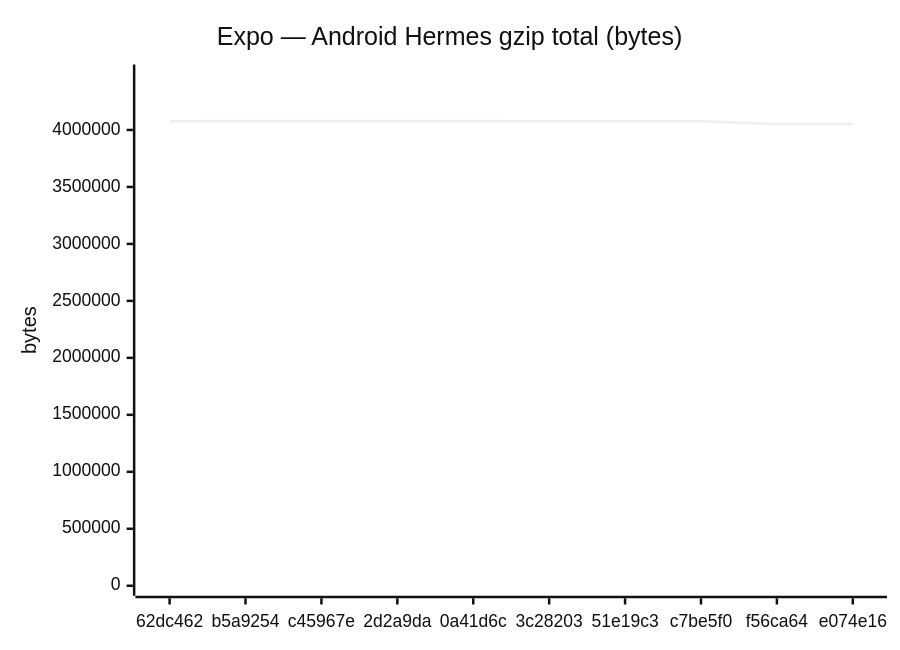
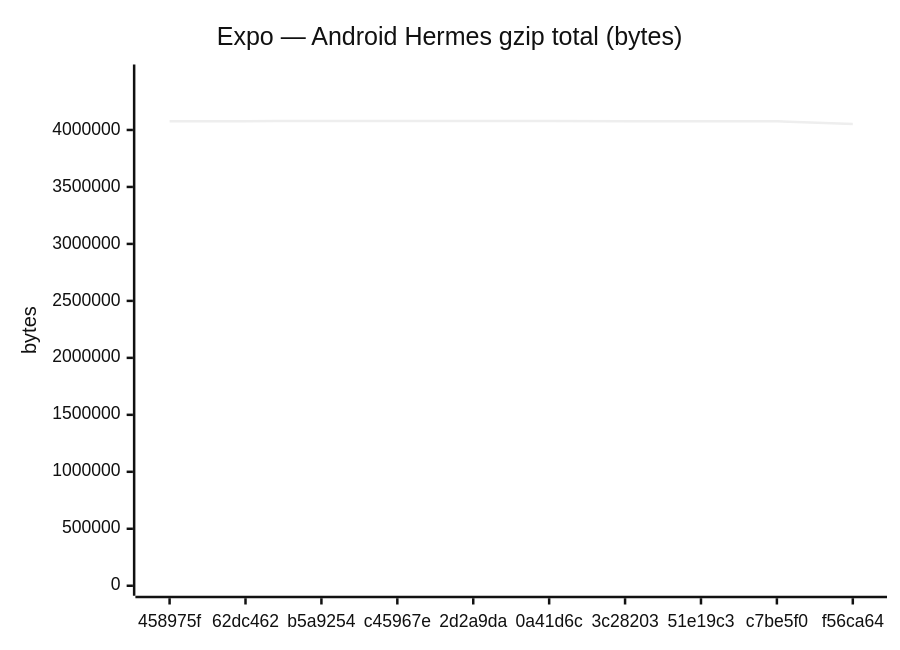
The fifth of 18 diagrams in benchmarks/compare.md (Metaheurist/Rianell), drawn with Mermaid (neutral theme) before and after one commit. The commit also changed other lines of this file and 11 other files, not shown here.

````diff
--- a/benchmarks/compare.md
+++ b/benchmarks/compare.md
@@ -89,7 +89,7 @@
 ```mermaid
 xychart-beta
     title "Expo — Android Hermes gzip total (bytes)"
-    x-axis ["62dc462", "b5a9254", "c45967e", "2d2a9da", "0a41d6c", "3c28203", "51e19c3", "c7be5f0", "f56ca64", "e074e16"]
+    x-axis ["458975f", "62dc462", "b5a9254", "c45967e", "2d2a9da", "0a41d6c", "3c28203", "51e19c3", "c7be5f0", "f56ca64"]
     y-axis "bytes" 0 --> 4486787
-    line [4077340, 4078885, 4078896, 4078895, 4078897, 4076071, 4075584, 4075582, 4052821, 4052813]
+    line [4077341, 4077340, 4078885, 4078896, 4078895, 4078897, 4076071, 4075584, 4075582, 4052821]
 ```
````
